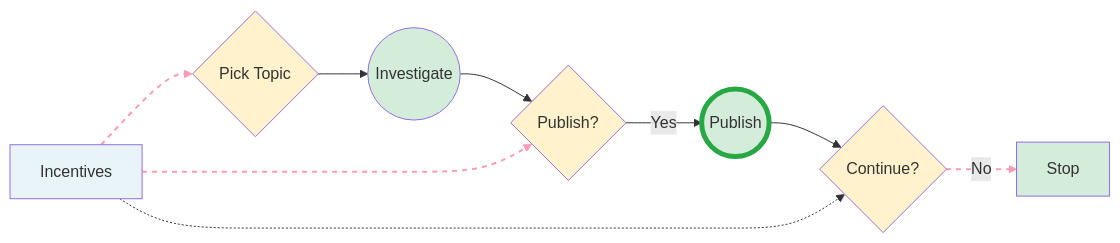
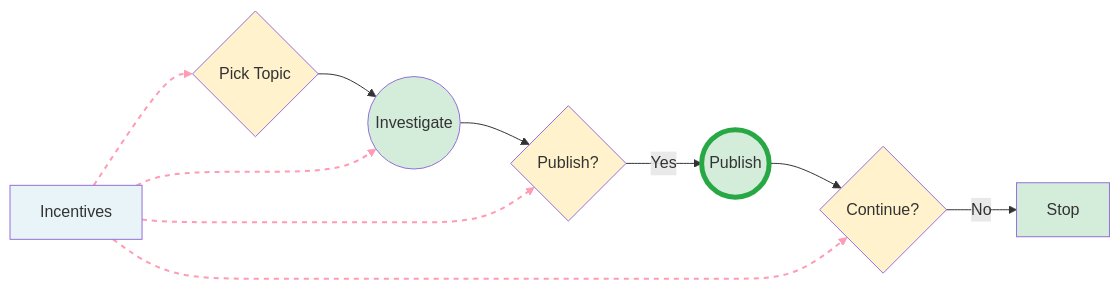
One commit to cottrell/notes changed the second of 5 diagrams in _drafts/2025-09-24-ioannidis-process.md. Above: the diagram before and after it, drawn with Mermaid. The commit also changed other lines of this file, not shown here.

```diff
--- a/_drafts/2025-09-24-ioannidis-process.md
+++ b/_drafts/2025-09-24-ioannidis-process.md
@@ -68,28 +70,30 @@
 {% mermaid %}
 graph LR
     I[Incentives] -.-> T{Pick Topic}
     T --> W((Investigate))
     W --> D{Publish?}
     D -->|Yes| P((Publish))
     P --> C{Continue?}
     C -->|No| Stop[Stop]
 
+    I -.-> W
     I -.-> D
     I -.-> C
 
     %% Causal link styling
     linkStyle 0 stroke:#ff9bb3,stroke-width:2px,stroke-dasharray: 5 5
-    linkStyle 5 stroke:#ff9bb3,stroke-width:2px,stroke-dasharray: 5 5
     linkStyle 6 stroke:#ff9bb3,stroke-width:2px,stroke-dasharray: 5 5
+    linkStyle 7 stroke:#ff9bb3,stroke-width:2px,stroke-dasharray: 5 5
+    linkStyle 8 stroke:#ff9bb3,stroke-width:2px,stroke-dasharray: 5 5
 
     %% Styling
     classDef process fill:#e8f4f8
     classDef decision fill:#fff2cc
     classDef outcome fill:#d4edda
     classDef broadcast fill:#d4edda,stroke:#28a745,stroke-width:5px
 
     class I process
     class T,D,C decision
     class W,Stop outcome
     class P broadcast
 {% endmermaid %}
```
